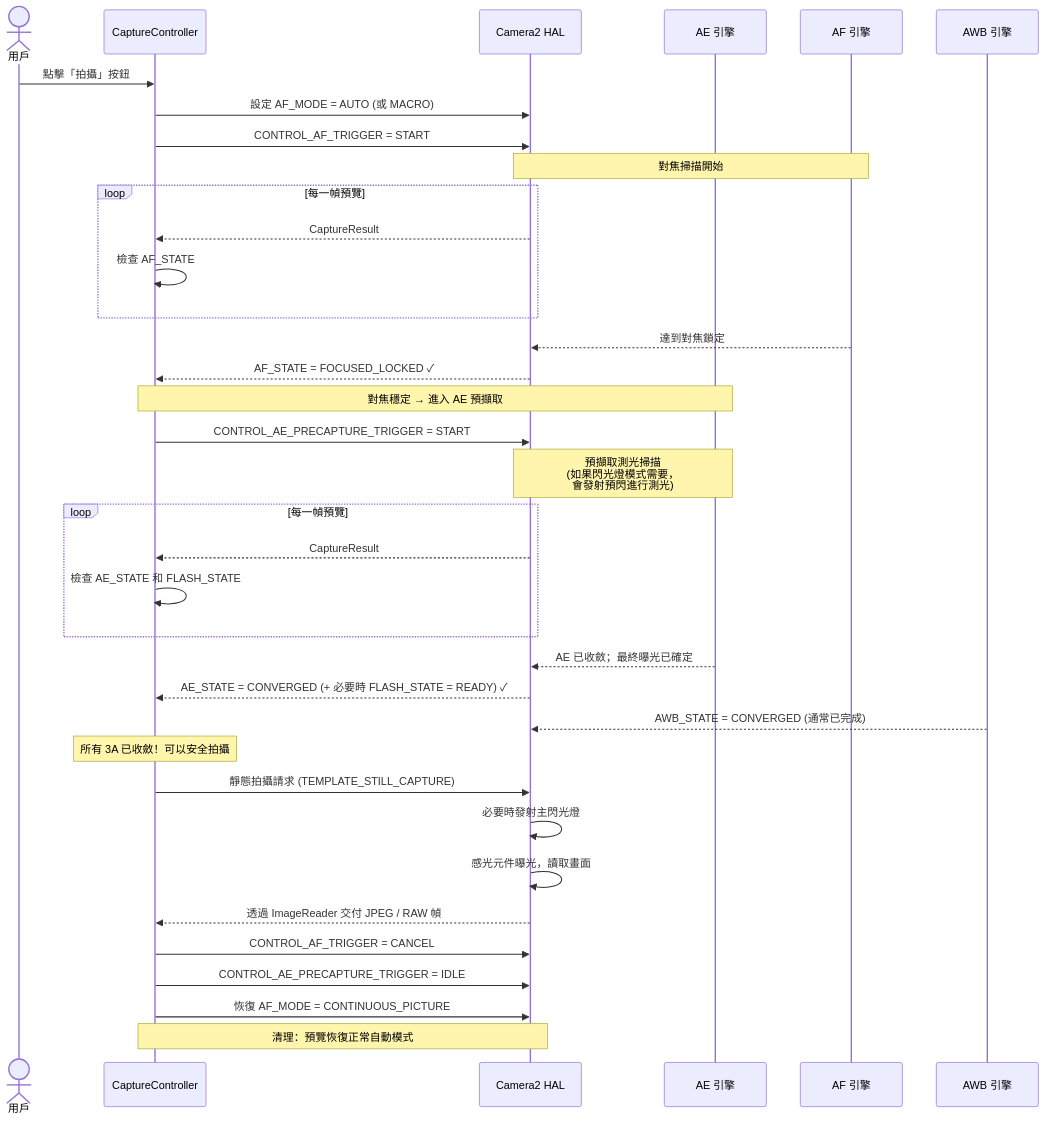
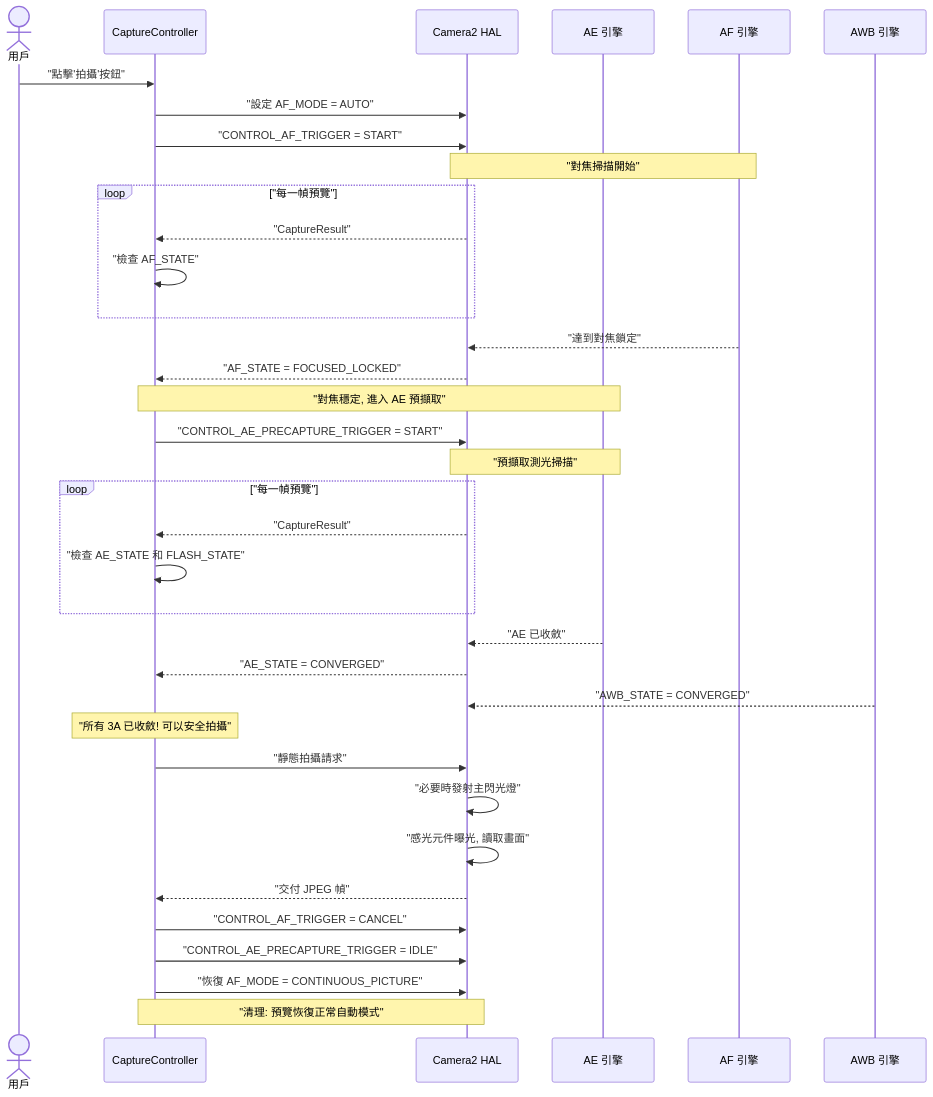
The first of 2 diagrams in website/i18n/zh-Hant/docusaurus-plugin-content-docs/current/camera2/3a-pipeline.md (zoozooll/AndroidCameraParameters), drawn with Mermaid before and after one commit. The commit also changed other lines of this file and 77 other files, not shown here.

First line of the commit message:
docs: standardize Mermaid syntax and polish 3A pipeline translations

````diff
--- a/website/i18n/zh-Hant/docusaurus-plugin-content-docs/current/camera2/3a-pipeline.md
+++ b/website/i18n/zh-Hant/docusaurus-plugin-content-docs/current/camera2/3a-pipeline.md
@@ -22,46 +22,46 @@
 ```mermaid
 sequenceDiagram
     actor User as 用戶
     participant App as CaptureController
     participant HAL as Camera2 HAL
     participant AE as AE 引擎
     participant AF as AF 引擎
     participant AWB as AWB 引擎
 
-    User->>App: 點擊「拍攝」按鈕
-    App->>HAL: 設定 AF_MODE = AUTO (或 MACRO)
-    App->>HAL: CONTROL_AF_TRIGGER = START
-    Note over HAL,AF: 對焦掃描開始
+    User->>App: "點擊'拍攝'按鈕"
+    App->>HAL: "設定 AF_MODE = AUTO"
+    App->>HAL: "CONTROL_AF_TRIGGER = START"
+    Note over HAL,AF: "對焦掃描開始"
 
-    loop 每一幀預覽
-        HAL-->>App: CaptureResult
-        App->>App: 檢查 AF_STATE
+    loop "每一幀預覽"
+        HAL-->>App: "CaptureResult"
+        App->>App: "檢查 AF_STATE"
     end
 
-    AF-->>HAL: 達到對焦鎖定
-    HAL-->>App: AF_STATE = FOCUSED_LOCKED ✓
-    Note over App,AE: 對焦穩定 → 進入 AE 預擷取
+    AF-->>HAL: "達到對焦鎖定"
+    HAL-->>App: "AF_STATE = FOCUSED_LOCKED"
+    Note over App,AE: "對焦穩定, 進入 AE 預擷取"
 
-    App->>HAL: CONTROL_AE_PRECAPTURE_TRIGGER = START
-    Note over HAL,AE: 預擷取測光掃描<br/>(如果閃光燈模式需要，<br/>會發射預閃進行測光)
+    App->>HAL: "CONTROL_AE_PRECAPTURE_TRIGGER = START"
+    Note over HAL,AE: "預擷取測光掃描"
 
-    loop 每一幀預覽
-        HAL-->>App: CaptureResult
-        App->>App: 檢查 AE_STATE 和 FLASH_STATE
+    loop "每一幀預覽"
+        HAL-->>App: "CaptureResult"
+        App->>App: "檢查 AE_STATE 和 FLASH_STATE"
     end
 
-    AE-->>HAL: AE 已收斂；最終曝光已確定
-    HAL-->>App: AE_STATE = CONVERGED (+ 必要時 FLASH_STATE = READY) ✓
-    AWB-->>HAL: AWB_STATE = CONVERGED (通常已完成)
-    Note over App: 所有 3A 已收斂！可以安全拍攝
+    AE-->>HAL: "AE 已收斂"
+    HAL-->>App: "AE_STATE = CONVERGED"
+    AWB-->>HAL: "AWB_STATE = CONVERGED"
+    Note over App: "所有 3A 已收斂! 可以安全拍攝"
 
-    App->>HAL: 靜態拍攝請求 (TEMPLATE_STILL_CAPTURE)
-    HAL->>HAL: 必要時發射主閃光燈
-    HAL->>HAL: 感光元件曝光，讀取畫面
-    HAL-->>App: 透過 ImageReader 交付 JPEG / RAW 幀
+    App->>HAL: "靜態拍攝請求"
+    HAL->>HAL: "必要時發射主閃光燈"
+    HAL->>HAL: "感光元件曝光, 讀取畫面"
+    HAL-->>App: "交付 JPEG 幀"
 
-    App->>HAL: CONTROL_AF_TRIGGER = CANCEL
-    App->>HAL: CONTROL_AE_PRECAPTURE_TRIGGER = IDLE
-    App->>HAL: 恢復 AF_MODE = CONTINUOUS_PICTURE
-    Note over App,HAL: 清理：預覽恢復正常自動模式
+    App->>HAL: "CONTROL_AF_TRIGGER = CANCEL"
+    App->>HAL: "CONTROL_AE_PRECAPTURE_TRIGGER = IDLE"
+    App->>HAL: "恢復 AF_MODE = CONTINUOUS_PICTURE"
+    Note over App,HAL: "清理: 預覽恢復正常自動模式"
 ```
````
